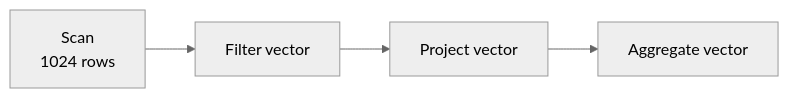
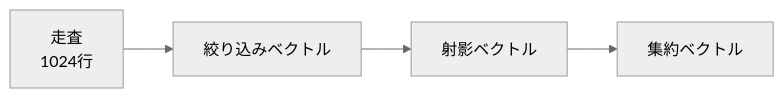
The fourth of 7 diagrams in src/content/docs/03-query-processing/07-physical-execution.md (hirunebot/database-systems-book), drawn with Mermaid (neutral theme) before and after one commit. The commit also changed other lines of this file and 42 other files, not shown here.

````diff
--- a/src/content/docs/03-query-processing/07-physical-execution.md
+++ b/src/content/docs/03-query-processing/07-physical-execution.md
@@ -151,6 +151,6 @@
 ```mermaid
 flowchart LR
-    Scan["Scan<br/>1024 rows"] --> Filter["Filter vector"]
-    Filter --> Project["Project vector"]
-    Project --> Agg["Aggregate vector"]
+    Scan["走査<br/>1024行"] --> Filter["絞り込みベクトル"]
+    Filter --> Project["射影ベクトル"]
+    Project --> Agg["集約ベクトル"]
 ```
````
